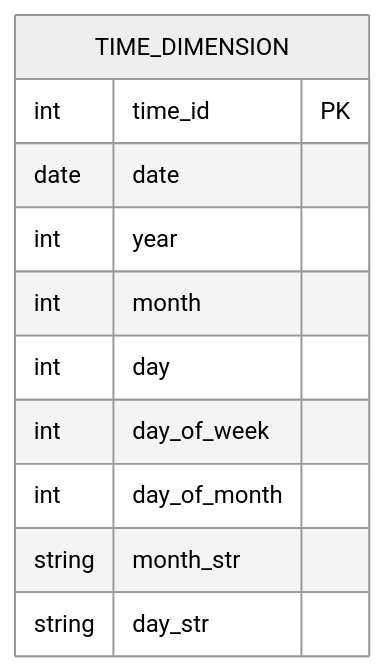
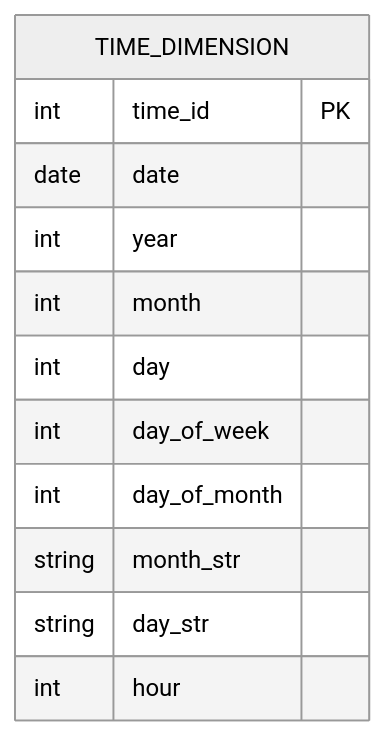
The sixth of 9 diagrams in dimensions_and_data_marts.md (LONG-TERM-EFFECTS-OF-SUFFERING/Rapidos_y_Furiosos_data_warehouse), drawn with Mermaid (neutral theme) before and after one commit. The commit also changed other lines of this file and 7 other files, not shown here.

````diff
--- a/dimensions_and_data_marts.md
+++ b/dimensions_and_data_marts.md
@@ -68,14 +68,15 @@
 ```MERMAID
 erDiagram
     TIME_DIMENSION {
         int time_id PK
         date date
         int year
         int month
         int day
         int day_of_week
         int day_of_month
         string month_str
         string day_str
+        int hour
     }
 ```
````
